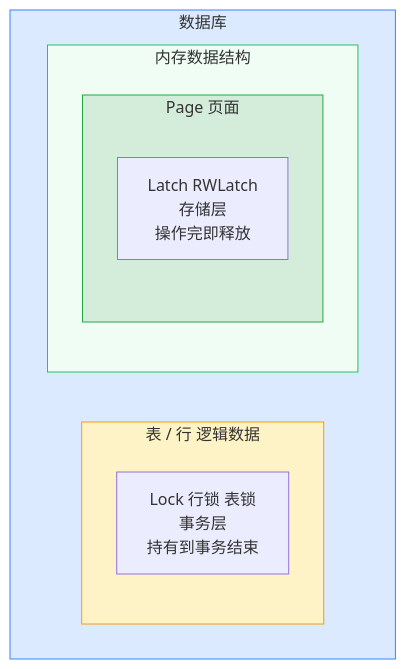
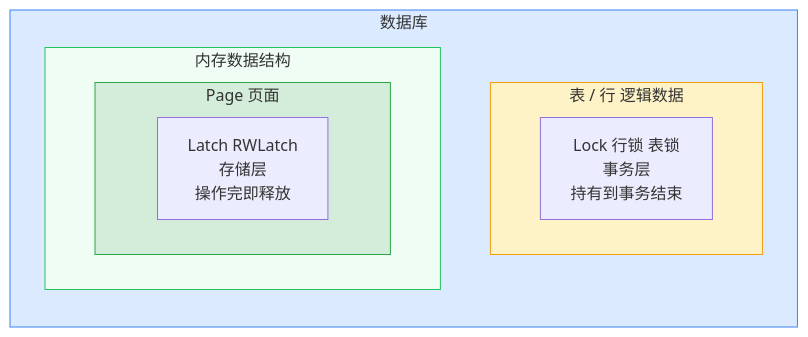
One commit to Dorian7Alden/RMDB-2024-Analyze changed the first of 4 diagrams in my-analysis/01-storage-layer/07-rwlatch.md. Above: the diagram before and after it, drawn with Mermaid. The commit also changed 2 other files, not shown here.

Commit message:
格式微调：mermaid 方向调整、多行标签拆行、中文后空格修复

````diff
--- a/my-analysis/01-storage-layer/07-rwlatch.md
+++ b/my-analysis/01-storage-layer/07-rwlatch.md
@@ -86,17 +86,17 @@
 ```mermaid
-flowchart TB
+flowchart LR
     subgraph db["数据库"]
         style db fill:#dbeafe,stroke:#3b82f6
         subgraph tab["表 / 行 逻辑数据"]
             style tab fill:#fef3c7,stroke:#f59e0b
             lock["Lock 行锁 表锁<br/>事务层<br/>持有到事务结束"]
         end
         subgraph mem["内存数据结构"]
             style mem fill:#f0fdf4,stroke:#22c55e
             subgraph page["Page 页面"]
                 style page fill:#d4edda,stroke:#28a745
                 latch["Latch RWLatch<br/>存储层<br/>操作完即释放"]
             end
         end
     end
 ```
````
